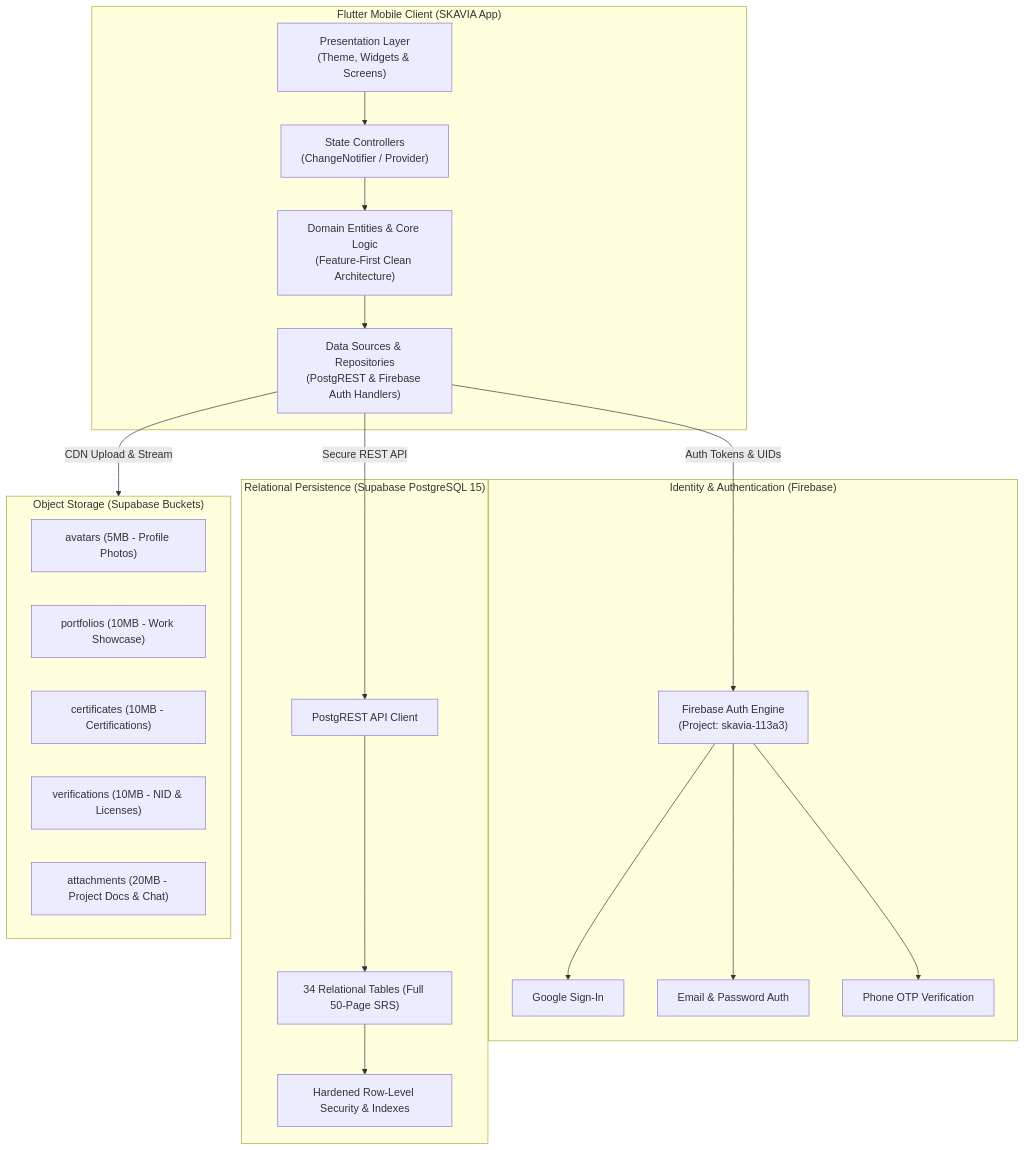
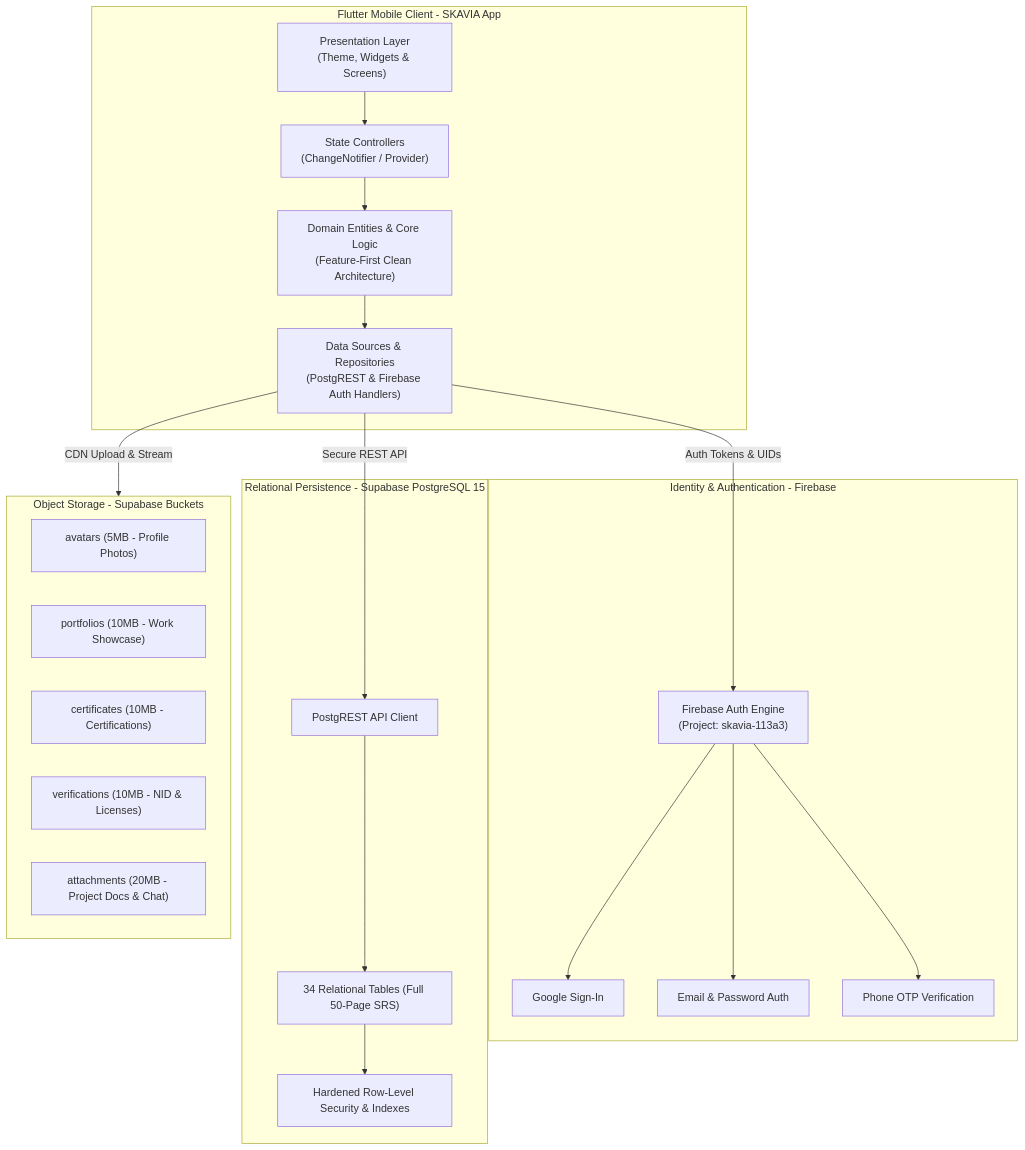
The diagram in README.md (Ti838/SKAVIA), drawn with Mermaid before and after one commit.

Commit message:
Update documentation formatting

````diff
--- a/README.md
+++ b/README.md
@@ -34,39 +34,39 @@
 ```mermaid
 flowchart TD
-    subgraph ClientLayer ["Flutter Mobile Client (SKAVIA App)"]
+    subgraph ClientLayer [Flutter Mobile Client - SKAVIA App]
         UI["Presentation Layer<br/>(Theme, Widgets & Screens)"]
         Controller["State Controllers<br/>(ChangeNotifier / Provider)"]
         Domain["Domain Entities & Core Logic<br/>(Feature-First Clean Architecture)"]
         DataSources["Data Sources & Repositories<br/>(PostgREST & Firebase Auth Handlers)"]
         UI --> Controller --> Domain --> DataSources
     end
 
-    subgraph AuthLayer ["Identity & Authentication (Firebase)"]
+    subgraph AuthLayer [Identity & Authentication - Firebase]
         FAuth["Firebase Auth Engine<br/>(Project: skavia-113a3)"]
         GoogleAuth["Google Sign-In"]
         EmailAuth["Email & Password Auth"]
         PhoneAuth["Phone OTP Verification"]
         FAuth --> GoogleAuth
         FAuth --> EmailAuth
         FAuth --> PhoneAuth
     end
 
-    subgraph DBLayer ["Relational Persistence (Supabase PostgreSQL 15)"]
+    subgraph DBLayer [Relational Persistence - Supabase PostgreSQL 15]
         SupaClient["PostgREST API Client"]
         Tables["34 Relational Tables (Full 50-Page SRS)"]
         RLS["Hardened Row-Level Security & Indexes"]
         SupaClient --> Tables --> RLS
     end
 
-    subgraph StorageLayer ["Object Storage (Supabase Buckets)"]
+    subgraph StorageLayer [Object Storage - Supabase Buckets]
         Avatars["avatars (5MB - Profile Photos)"]
         Portfolios["portfolios (10MB - Work Showcase)"]
         Certificates["certificates (10MB - Certifications)"]
         Verifications["verifications (10MB - NID & Licenses)"]
         Attachments["attachments (20MB - Project Docs & Chat)"]
     end
 
-    DataSources -->|"Auth Tokens & UIDs"| FAuth
-    DataSources -->|"Secure REST API"| SupaClient
-    DataSources -->|"CDN Upload & Stream"| StorageLayer
+    DataSources -->|Auth Tokens & UIDs| FAuth
+    DataSources -->|Secure REST API| SupaClient
+    DataSources -->|CDN Upload & Stream| StorageLayer
 ```
````
